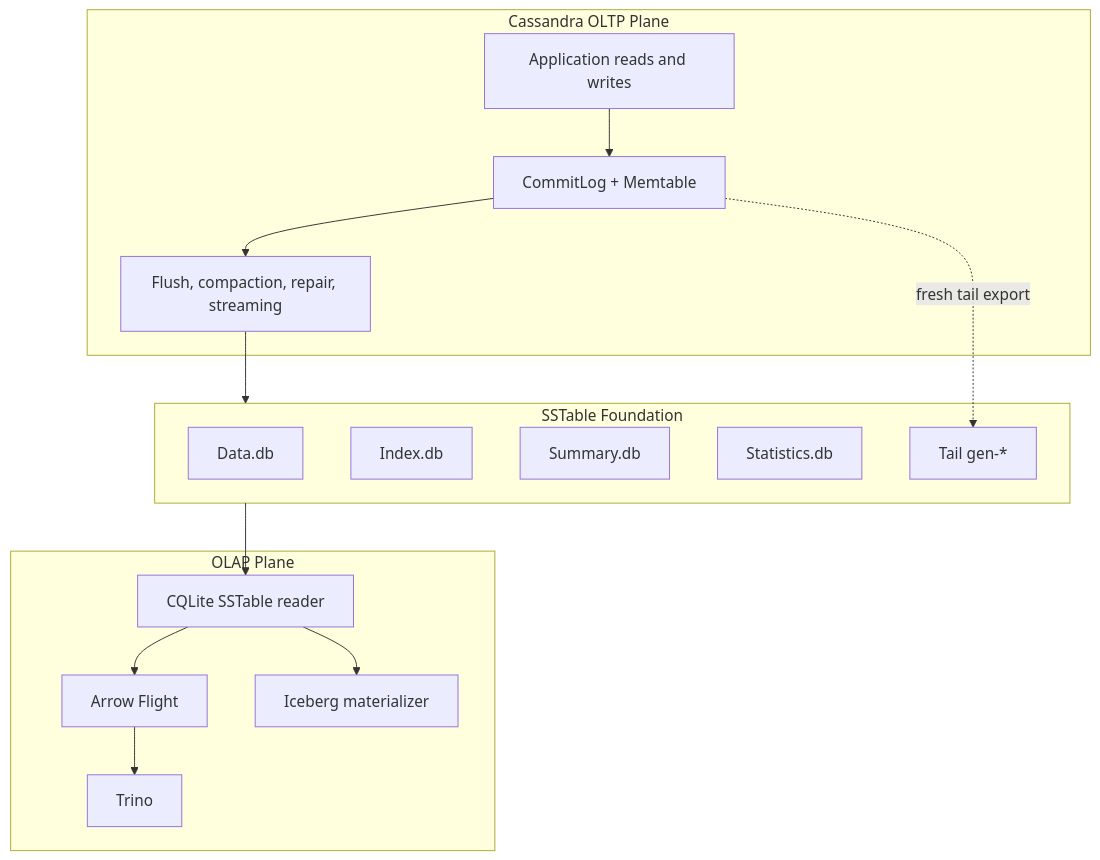
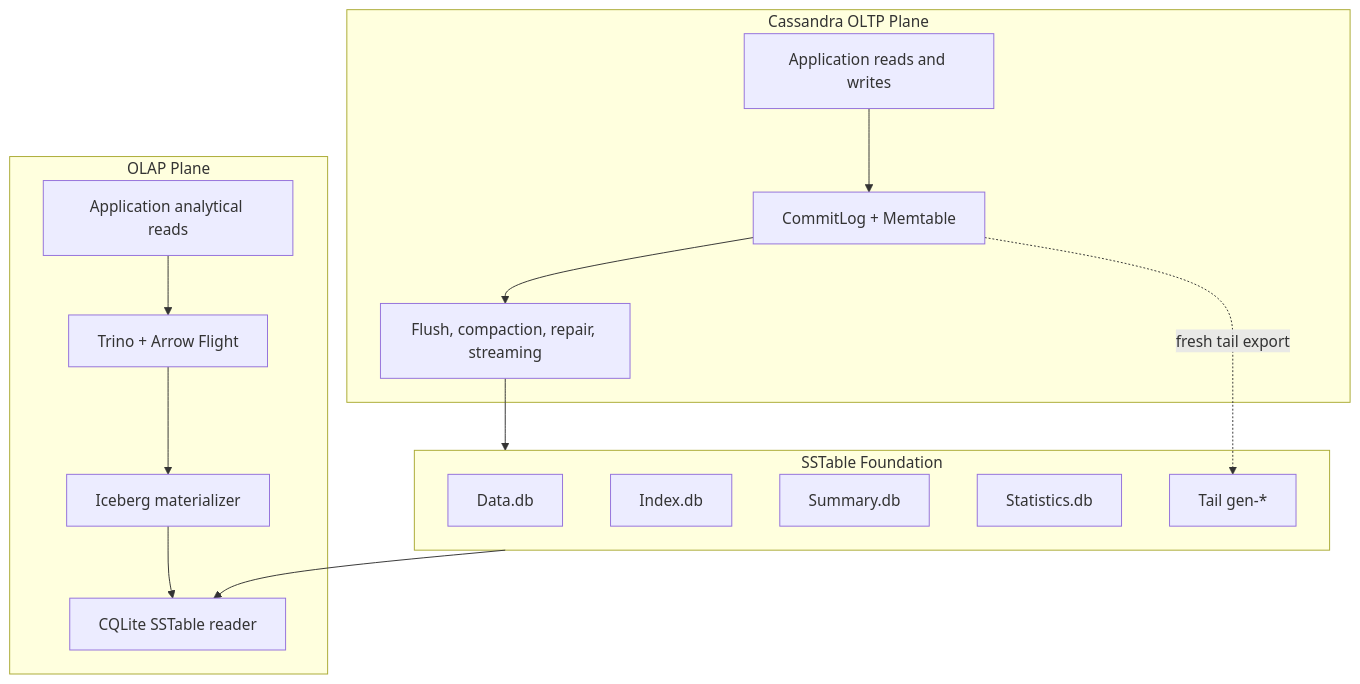
Before and after one commit to pmcfadin/cqlite: the first of 4 diagrams in website/src/content/docs/proposals-research/storage-engine.mdx, drawn with Mermaid. The commit also changed 2 other files, not shown here.

Commit message:
docs: fix storage engine architecture diagram

````diff
--- a/website/src/content/docs/proposals-research/storage-engine.mdx
+++ b/website/src/content/docs/proposals-research/storage-engine.mdx
@@ -69,31 +69,31 @@
 ```mermaid
 flowchart TB
   subgraph OLTP["Cassandra OLTP Plane"]
     App["Application reads and writes"]
     CommitLog["CommitLog + Memtable"]
     Lifecycle["Flush, compaction, repair, streaming"]
   end
 
   subgraph OLAP["OLAP Plane"]
+    ReadApp["Application analytical reads"]
+    Query["Trino + Arrow Flight"]
+    Iceberg["Iceberg materializer"]
     CQLite["CQLite SSTable reader"]
-    Flight["Arrow Flight"]
-    Trino["Trino"]
-    Iceberg["Iceberg materializer"]
   end
 
   subgraph SSTables["SSTable Foundation"]
     Data["Data.db"]
     Index["Index.db"]
     Summary["Summary.db"]
     Stats["Statistics.db"]
     Tail["Tail gen-*"]
   end
 
   App --> CommitLog --> Lifecycle
   Lifecycle --> SSTables
   SSTables --> CQLite
-  CQLite --> Flight
-  Flight --> Trino
-  CQLite --> Iceberg
+  ReadApp --> Query
+  Query --> Iceberg
+  Iceberg --> CQLite
   CommitLog -. fresh tail export .-> Tail
 ```
````
